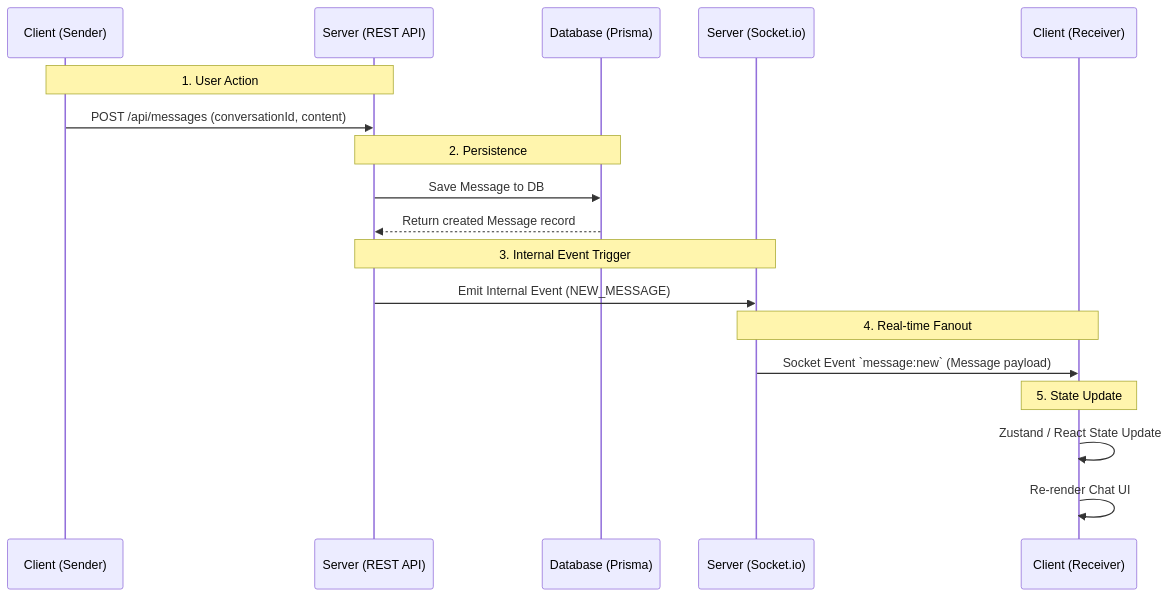
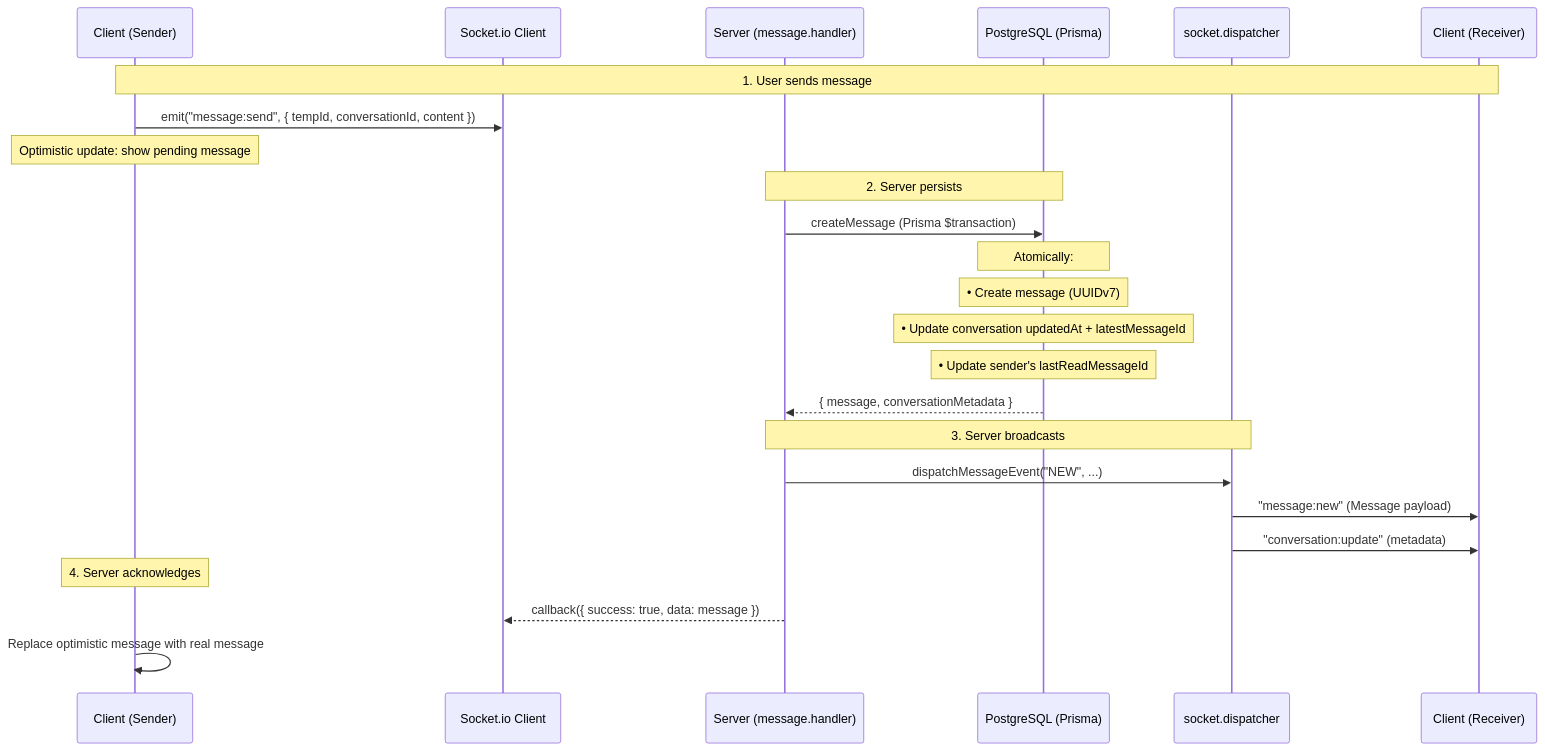
The second of 6 diagrams in .docs/public-docs/data-flow.md (Kashyap-empiric/Nexus), drawn with Mermaid before and after one commit. The commit also changed other lines of this file and 38 other files, not shown here.

````diff
--- a/.docs/public-docs/data-flow.md
+++ b/.docs/public-docs/data-flow.md
@@ -11,25 +42,32 @@
 ```mermaid
 sequenceDiagram
     participant Sender as Client (Sender)
-    participant API as Server (REST API)
-    participant DB as Database (Prisma)
-    participant SocketServer as Server (Socket.io)
+    participant Socket as Socket.io Client
+    participant Handler as Server (message.handler)
+    participant DB as PostgreSQL (Prisma)
+    participant Dispatcher as socket.dispatcher
     participant Receiver as Client (Receiver)
 
-    Note over Sender,API: 1. User Action
-    Sender->>API: POST /api/messages (conversationId, content)
-    
-    Note over API,DB: 2. Persistence
-    API->>DB: Save Message to DB
-    DB-->>API: Return created Message record
-    
-    Note over API,SocketServer: 3. Internal Event Trigger
-    API->>SocketServer: Emit Internal Event (NEW_MESSAGE)
-    
-    Note over SocketServer,Receiver: 4. Real-time Fanout
-    SocketServer->>Receiver: Socket Event `message:new` (Message payload)
-    
-    Note over Receiver: 5. State Update
-    Receiver->>Receiver: Zustand / React State Update
-    Receiver->>Receiver: Re-render Chat UI
+    Note over Sender,Receiver: 1. User sends message
+    Sender->>Socket: emit("message:send", { tempId, conversationId, content })
+    Note over Sender: Optimistic update: show pending message
+
+    Note over Handler,DB: 2. Server persists
+    Handler->>DB: createMessage (Prisma $transaction)
+
+    Note over DB: Atomically:
+    Note over DB: • Create message (UUIDv7)
+    Note over DB: • Update conversation updatedAt + latestMessageId
+    Note over DB: • Update sender's lastReadMessageId
+
+    DB-->>Handler: { message, conversationMetadata }
+
+    Note over Handler,Dispatcher: 3. Server broadcasts
+    Handler->>Dispatcher: dispatchMessageEvent("NEW", ...)
+    Dispatcher->>Receiver: "message:new" (Message payload)
+    Dispatcher->>Receiver: "conversation:update" (metadata)
+
+    Note over Sender: 4. Server acknowledges
+    Handler-->>Socket: callback({ success: true, data: message })
+    Sender->>Sender: Replace optimistic message with real message
 ```
````
